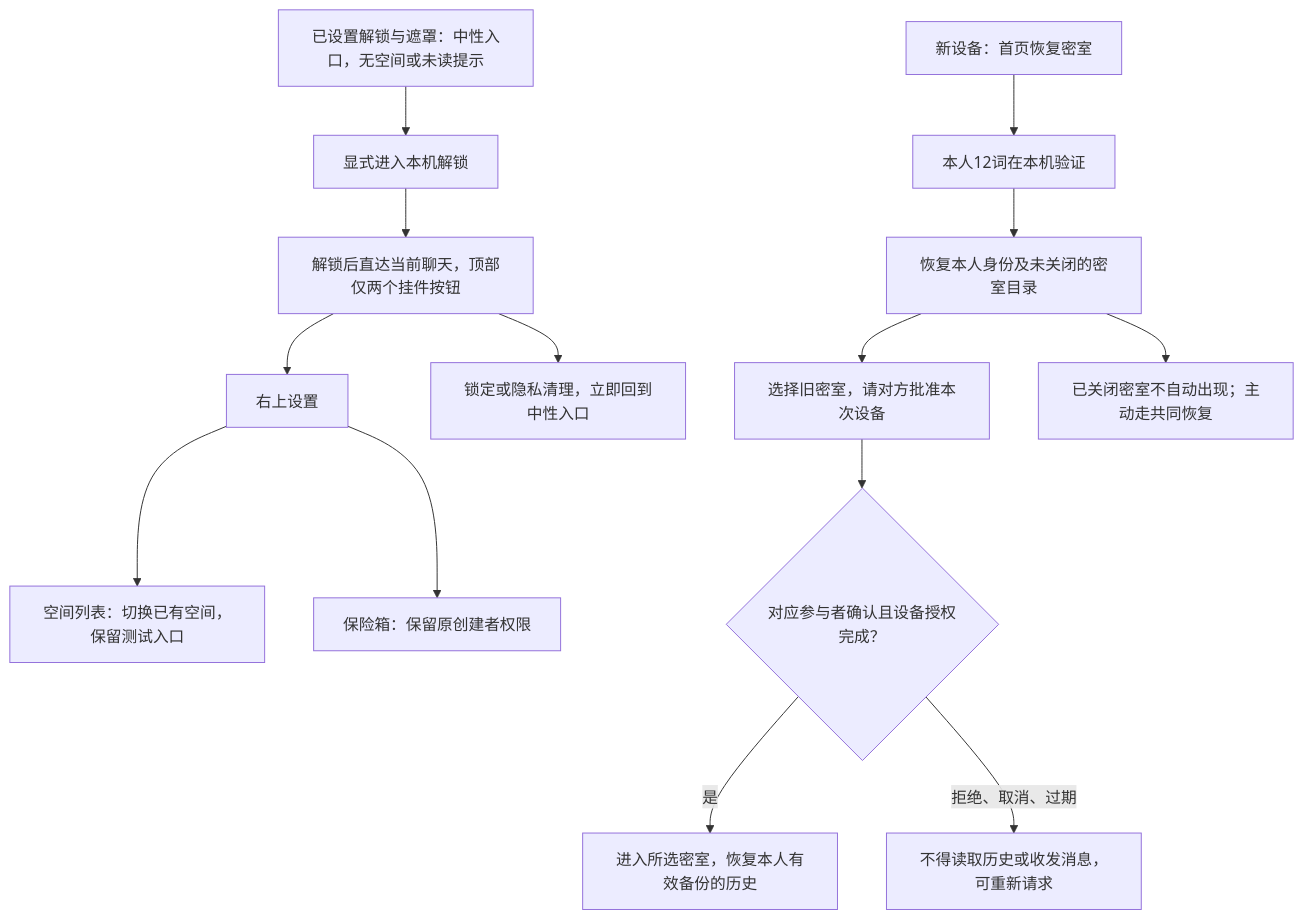
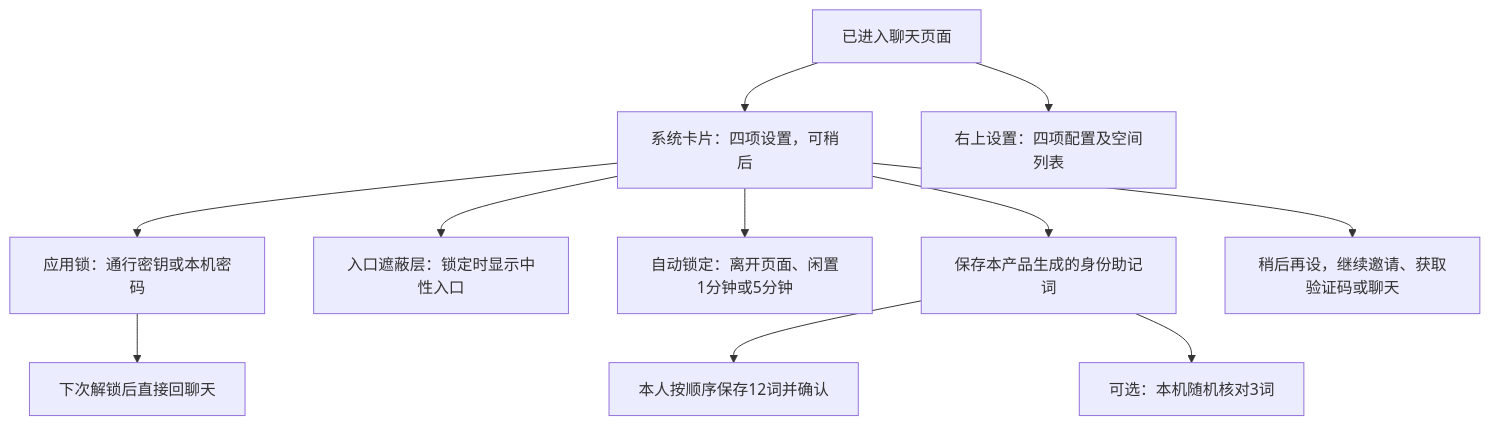
Before and after one commit to zdaiwmm/shui-IM: the second of 4 diagrams in docs/requirements/2026-10-16-personal-mnemonic-friends/flow.md, drawn with Mermaid. The commit also changed other lines of this file and 3 other files, not shown here.

````diff
--- a/docs/requirements/2026-10-16-personal-mnemonic-friends/flow.md
+++ b/docs/requirements/2026-10-16-personal-mnemonic-friends/flow.md
@@ -47,16 +43,13 @@
 ```mermaid
 flowchart TD
-  E[已设置解锁与遮罩：中性入口，无空间或未读提示] --> U[显式进入本机解锁]
-  U --> M[解锁后直达当前聊天，顶部仅两个挂件按钮]
-  M --> S[右上设置]
-  S --> LIST[空间列表：切换已有空间，保留测试入口]
-  S --> SAFE[保险箱：保留原创建者权限]
-  M --> LOCK[锁定或隐私清理，立即回到中性入口]
-  N[新设备：首页恢复密室] --> WORDS[本人12词在本机验证]
-  WORDS --> DIR[恢复本人身份及未关闭的密室目录]
-  DIR --> REQ[选择旧密室，请对方批准本次设备]
-  REQ --> OK{对应参与者确认且设备授权完成？}
-  OK -->|是| HISTORY[进入所选密室，恢复本人有效备份的历史]
-  OK -->|拒绝、取消、过期| NO[不得读取历史或收发消息，可重新请求]
-  DIR --> CLOSED[已关闭密室不自动出现；主动走共同恢复]
+  CHAT[已进入聊天页面] --> GUIDE[系统卡片：四项设置，可稍后]
+  GUIDE --> LOCK[应用锁：通行密钥或本机密码]
+  GUIDE --> COVER[入口遮蔽层：锁定时显示中性入口]
+  GUIDE --> AUTO[自动锁定：离开页面、闲置1分钟或5分钟]
+  GUIDE --> SEED[保存本产品生成的身份助记词]
+  SEED --> SAVE[本人按顺序保存12词并确认]
+  SEED --> OPTIONAL[可选：本机随机核对3词]
+  GUIDE --> LATER[稍后再设，继续邀请、获取验证码或聊天]
+  CHAT --> SETTINGS[右上设置：四项配置及空间列表]
+  LOCK --> DAILY[下次解锁后直接回聊天]
 ```
````
